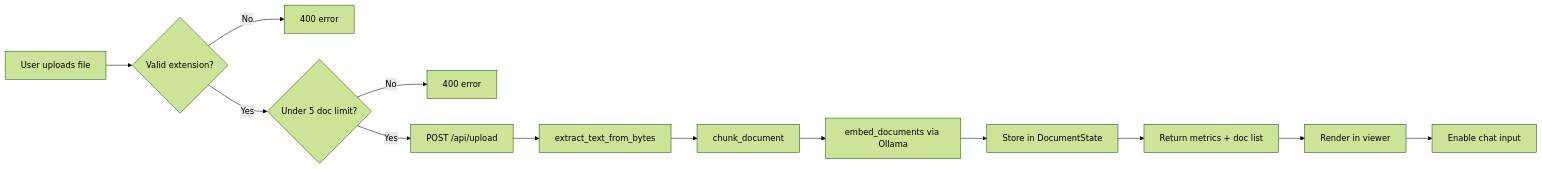
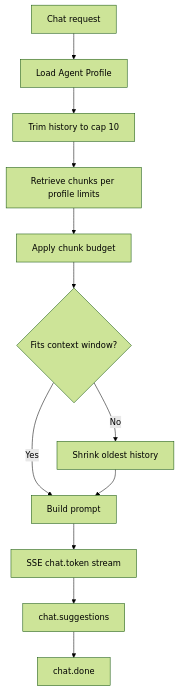
One commit to Garvit-821/Private-Legal-Research-Agent changed the fourth of 9 diagrams in README.md. Above: the diagram before and after it, drawn with Mermaid (forest theme). The commit also changed other lines of this file, not shown here.

Commit message:
docs: document Agent Picker, JSON v1 API, and updated architecture

````diff
--- a/README.md
+++ b/README.md
@@ -132,15 +292,14 @@
 ```mermaid
-flowchart LR
-    A[User uploads file] --> B{Valid extension?}
-    B -->|No| C[400 error]
-    B -->|Yes| D{Under 5 doc limit?}
-    D -->|No| E[400 error]
-    D -->|Yes| F[POST /api/upload]
-    F --> G[extract_text_from_bytes]
-    G --> H[chunk_document]
-    H --> I[embed_documents via Ollama]
-    I --> J[Store in DocumentState]
-    J --> K[Return metrics + doc list]
-    K --> L[Render in viewer]
-    L --> M[Enable chat input]
+flowchart TD
+    Q[Chat request] --> P[Load Agent Profile]
+    P --> H[Trim history to cap 10]
+    H --> R[Retrieve chunks per profile limits]
+    R --> B[Apply chunk budget]
+    B --> T{Fits context window?}
+    T -->|No| S[Shrink oldest history]
+    T -->|Yes| BUILD[Build prompt]
+    S --> BUILD
+    BUILD --> STREAM[SSE chat.token stream]
+    STREAM --> SUG[chat.suggestions]
+    SUG --> DONE[chat.done]
 ```
````
